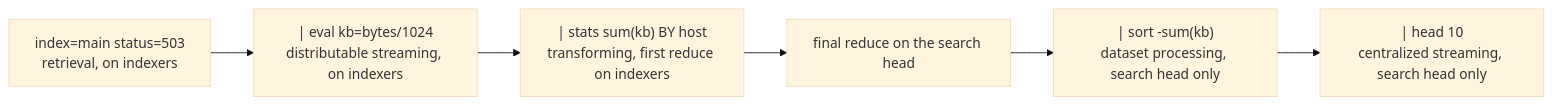
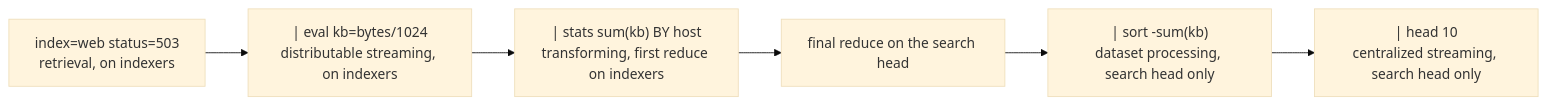
One commit to sudosamir9/sudosamir.com changed the second of 2 diagrams in static/splunk/splk-1002/reference/spl-command-reference.md. Above: the diagram before and after it, drawn with Mermaid (base theme). The commit also changed other lines of this file and 95 other files, not shown here.

````diff
--- a/static/splunk/splk-1002/reference/spl-command-reference.md
+++ b/static/splunk/splk-1002/reference/spl-command-reference.md
@@ -458,8 +458,8 @@
 ```mermaid
 flowchart LR
-  A["index=main status=503<br/>retrieval, on indexers"] --> B["| eval kb=bytes/1024<br/>distributable streaming, on indexers"]
+  A["index=web status=503<br/>retrieval, on indexers"] --> B["| eval kb=bytes/1024<br/>distributable streaming, on indexers"]
   B --> C["| stats sum(kb) BY host<br/>transforming, first reduce on indexers"]
   C --> D["final reduce on the search head"]
   D --> E["| sort -sum(kb)<br/>dataset processing, search head only"]
   E --> F["| head 10<br/>centralized streaming, search head only"]
 ```
````
